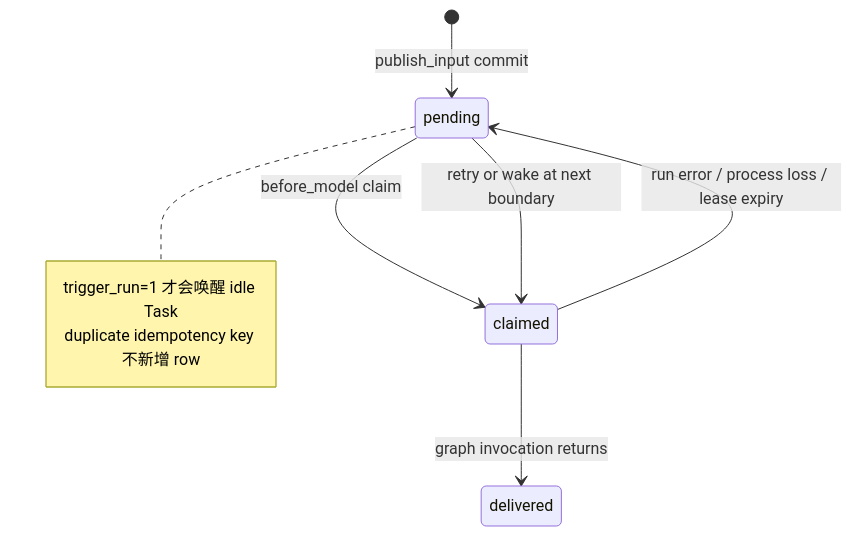
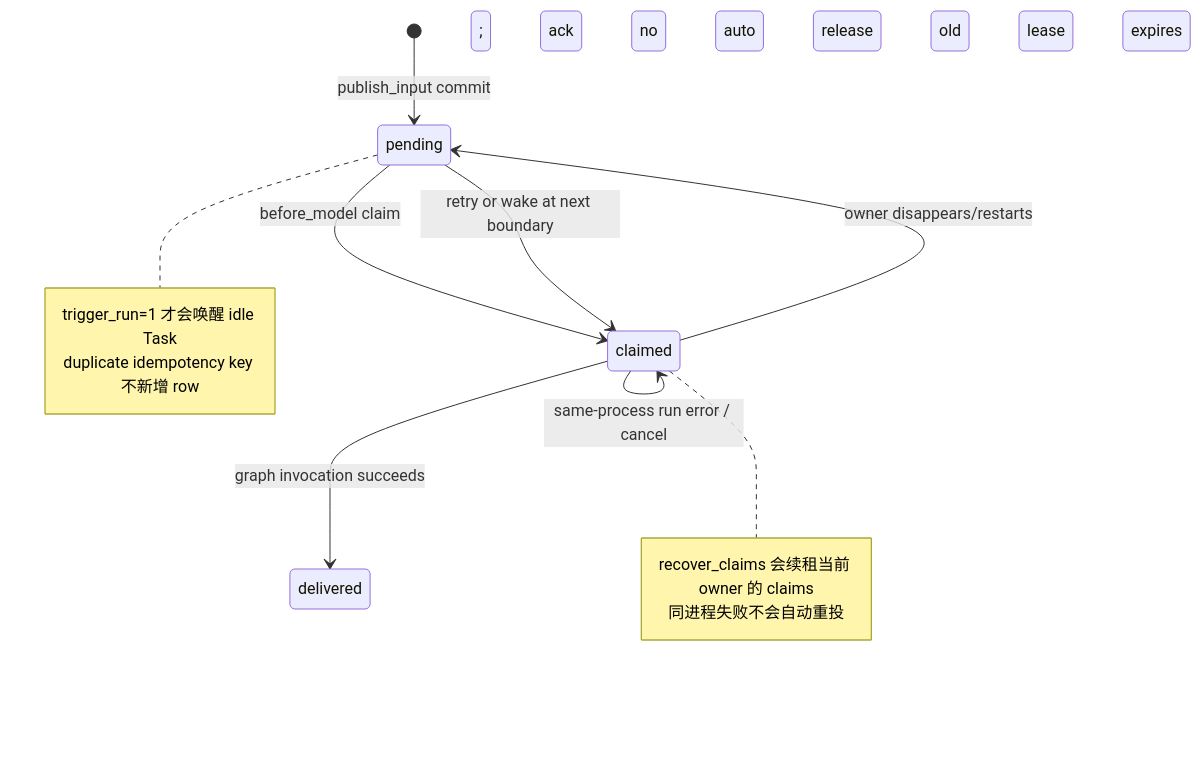
The first of 2 diagrams in docs/systems/task-mailbox-settlement.md (ccpowe/ruyi-agent), drawn with Mermaid before and after one commit. The commit also changed other lines of this file, not shown here.

````diff
--- a/docs/systems/task-mailbox-settlement.md
+++ b/docs/systems/task-mailbox-settlement.md
@@ -135,12 +138,17 @@
 ```mermaid
 stateDiagram-v2
     [*] --> pending: publish_input commit
     pending --> claimed: before_model claim
-    claimed --> delivered: graph invocation returns
-    claimed --> pending: run error / process loss / lease expiry
+    claimed --> delivered: graph invocation succeeds; ack
+    claimed --> claimed: same-process run error / cancel; no auto release
+    claimed --> pending: owner disappears/restarts; old lease expires
     pending --> claimed: retry or wake at next boundary
     note right of pending
       trigger_run=1 才会唤醒 idle Task
       duplicate idempotency key 不新增 row
     end note
+    note right of claimed
+      recover_claims 会续租当前 owner 的 claims
+      同进程失败不会自动重投
+    end note
 ```
````
